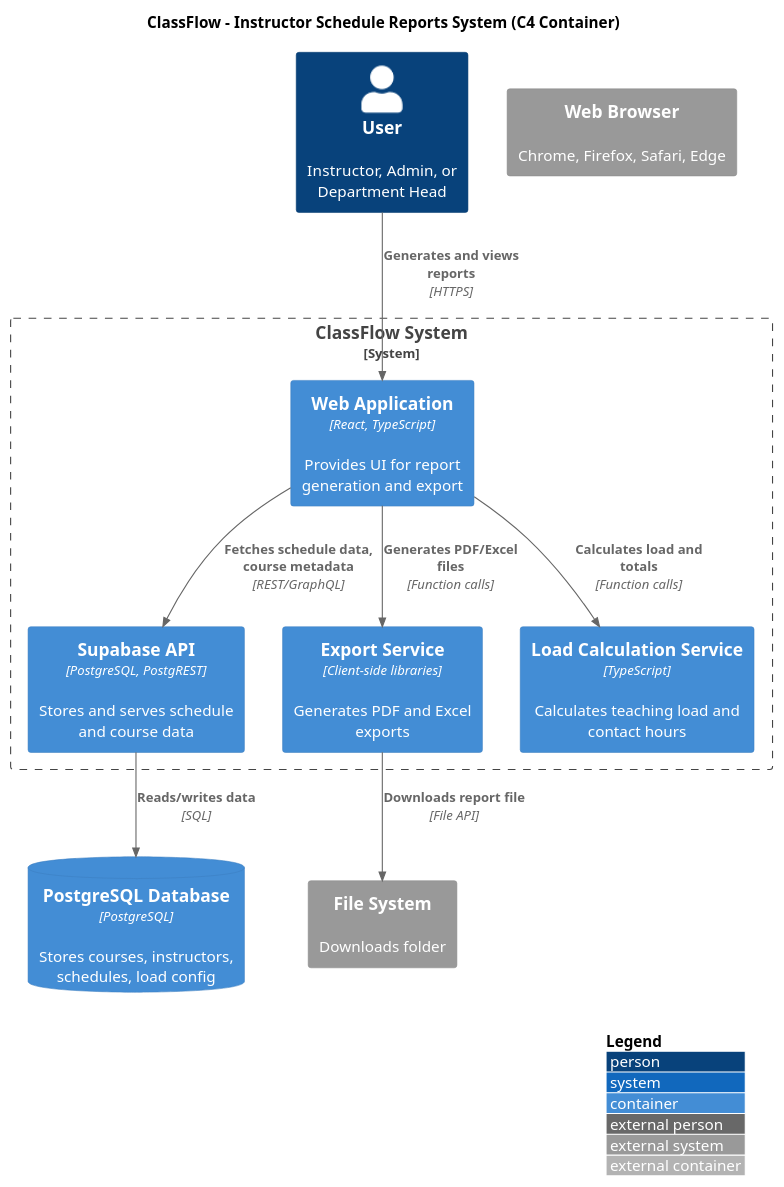
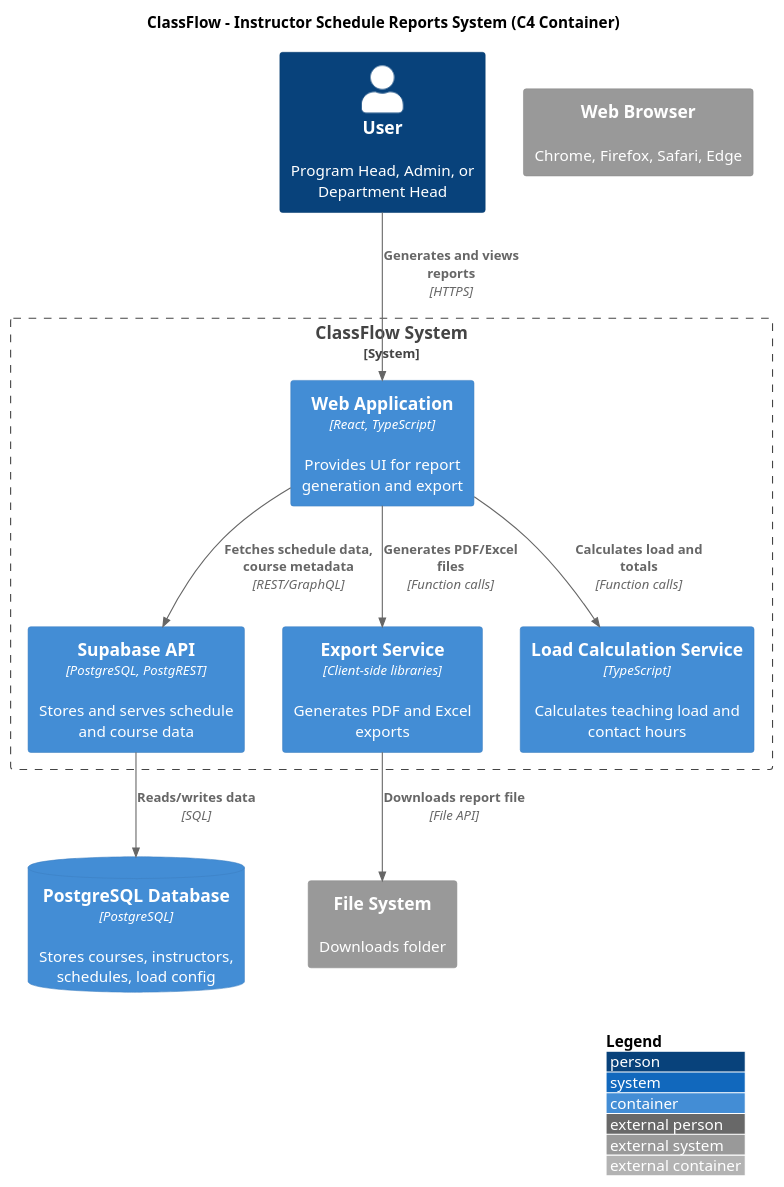
Before and after one commit to Wence024/ClassFlow: the second of 7 diagrams in docs/c4-diagrams/instructor-reports-system.puml, drawn with PlantUML. The commit also changed other lines of this file and 1 other file, not shown here.

Commit message:
feat: Adjust instructor load calculation

```diff
--- a/docs/c4-diagrams/instructor-reports-system.puml
+++ b/docs/c4-diagrams/instructor-reports-system.puml
@@ -28,29 +34,29 @@
 @startuml Instructor Reports System - C4 Container Diagram
 !include https://raw.githubusercontent.com/plantuml-stdlib/C4-PlantUML/master/C4_Container.puml
 
 LAYOUT_WITH_LEGEND()
 
 title ClassFlow - Instructor Schedule Reports System (C4 Container)
 
-Person(user, "User", "Instructor, Admin, or Department Head")
+Person(user, "User", "Program Head, Admin, or Department Head")
 
 System_Boundary(classflow, "ClassFlow System") {
     Container(webapp, "Web Application", "React, TypeScript", "Provides UI for report generation and export")
     Container(api, "Supabase API", "PostgreSQL, PostgREST", "Stores and serves schedule and course data")
     Container(exportService, "Export Service", "Client-side libraries", "Generates PDF and Excel exports")
     Container(calcService, "Load Calculation Service", "TypeScript", "Calculates teaching load and contact hours")
 }
 
 System_Ext(browser, "Web Browser", "Chrome, Firefox, Safari, Edge")
 System_Ext(filesystem, "File System", "Downloads folder")
 
 Rel(user, webapp, "Generates and views reports", "HTTPS")
 Rel(webapp, api, "Fetches schedule data, course metadata", "REST/GraphQL")
 Rel(webapp, calcService, "Calculates load and totals", "Function calls")
 Rel(webapp, exportService, "Generates PDF/Excel files", "Function calls")
 Rel(exportService, filesystem, "Downloads report file", "File API")
 
 ContainerDb(db, "PostgreSQL Database", "PostgreSQL", "Stores courses, instructors, schedules, load config")
 Rel(api, db, "Reads/writes data", "SQL")
 
 @enduml
```
